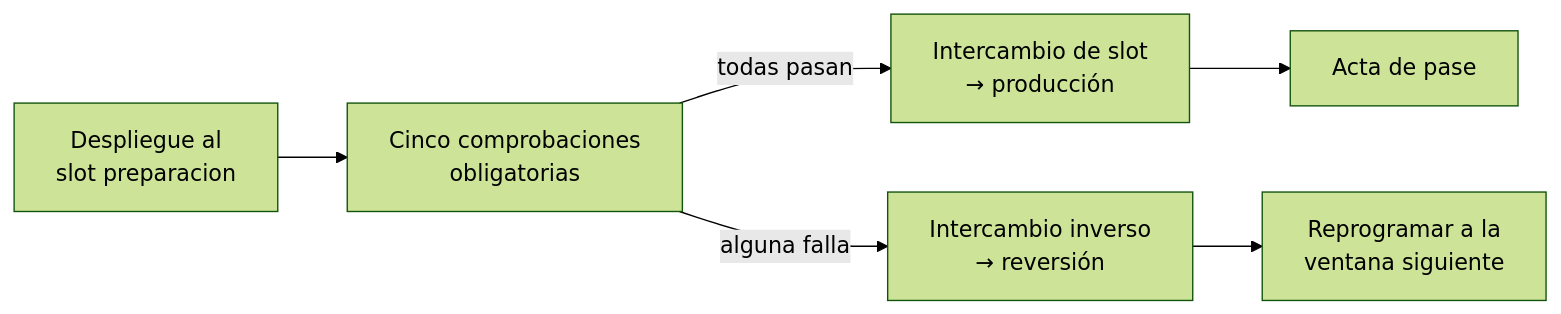
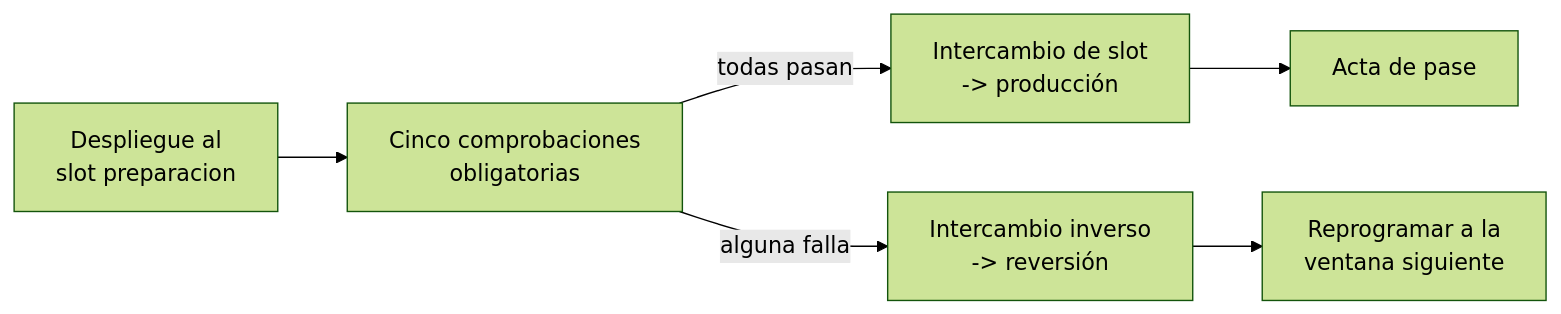
The seventh of 7 diagrams in docs/arquitectura/artefacto-arquitectura.md (DanRL30/MEM), drawn with Mermaid (forest theme) before and after one commit. The commit also changed other lines of this file and 8 other files, not shown here.

````diff
--- a/docs/arquitectura/artefacto-arquitectura.md
+++ b/docs/arquitectura/artefacto-arquitectura.md
@@ -492,8 +492,8 @@
 ```mermaid
 graph LR
     A["Despliegue al<br/>slot preparacion"] --> B["Cinco comprobaciones<br/>obligatorias"]
-    B -->|todas pasan| C["Intercambio de slot<br/>→ producción"]
-    B -->|alguna falla| D["Intercambio inverso<br/>→ reversión"]
+    B -->|todas pasan| C["Intercambio de slot<br/>-> producción"]
+    B -->|alguna falla| D["Intercambio inverso<br/>-> reversión"]
     C --> E["Acta de pase"]
     D --> F["Reprogramar a la<br/>ventana siguiente"]
 ```
````
